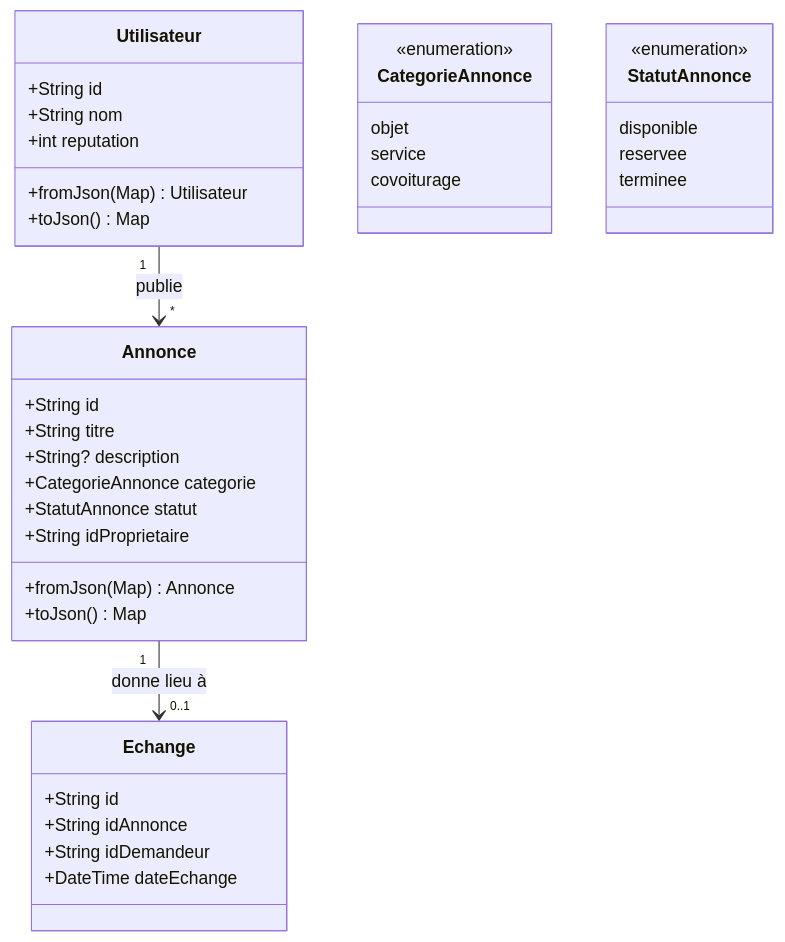
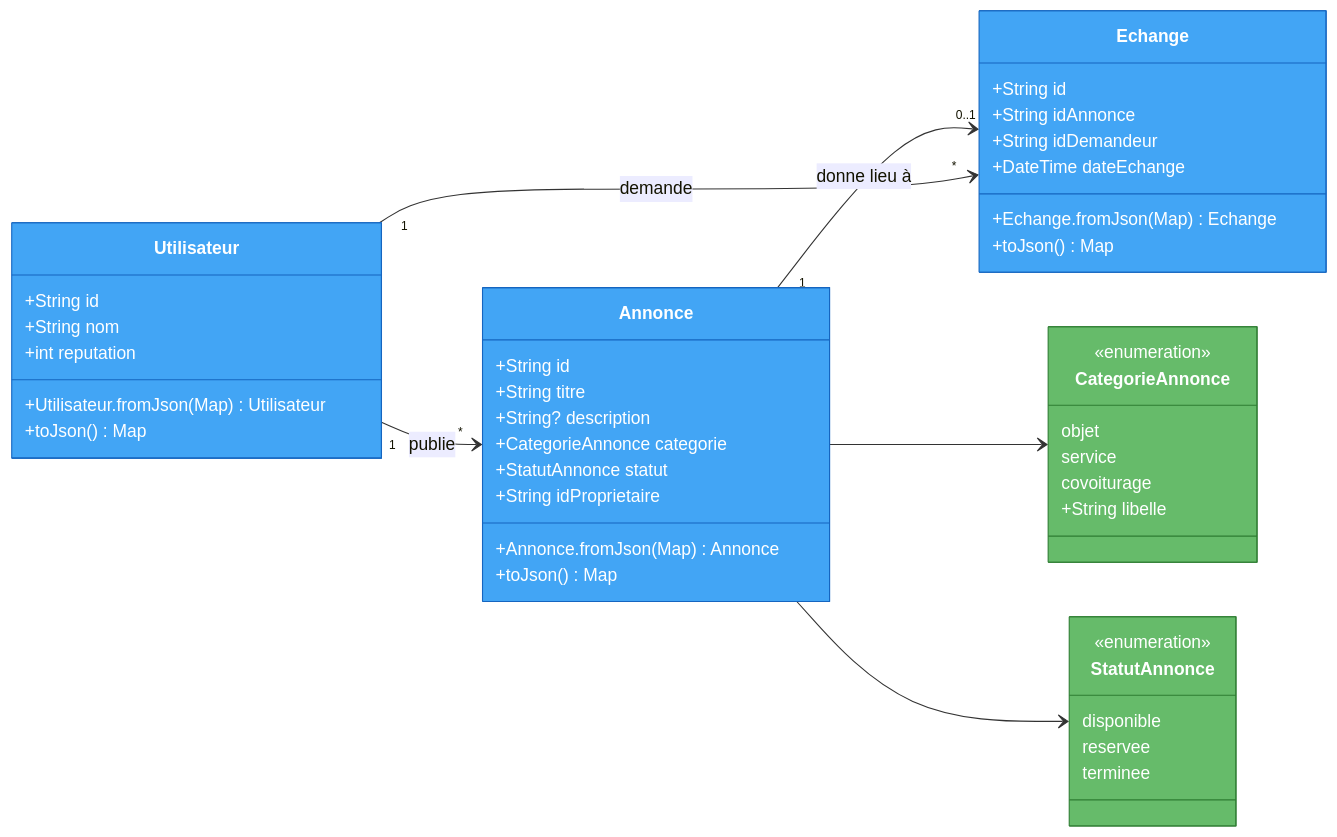
The diagram in TP2_Dart_Avance.md (hajjiBel/flutter_2026), drawn with Mermaid before and after one commit. The commit also changed other lines of this file, not shown here.

First line of the commit message:
TP2 : refonte de l'énoncé (Dart 3, modèles immuables, JSON validé, partie anti-IA)

````diff
--- a/TP2_Dart_Avance.md
+++ b/TP2_Dart_Avance.md
@@ -31,40 +84,53 @@
 ```mermaid
 classDiagram
+    direction LR
     class Utilisateur {
       +String id
       +String nom
       +int reputation
-      +fromJson(Map) Utilisateur
+      +Utilisateur.fromJson(Map) Utilisateur
       +toJson() Map
     }
     class Annonce {
       +String id
       +String titre
       +String? description
       +CategorieAnnonce categorie
       +StatutAnnonce statut
       +String idProprietaire
-      +fromJson(Map) Annonce
+      +Annonce.fromJson(Map) Annonce
       +toJson() Map
     }
     class Echange {
       +String id
       +String idAnnonce
       +String idDemandeur
       +DateTime dateEchange
+      +Echange.fromJson(Map) Echange
+      +toJson() Map
     }
     class CategorieAnnonce {
       <<enumeration>>
       objet
       service
       covoiturage
+      +String libelle
     }
     class StatutAnnonce {
       <<enumeration>>
       disponible
       reservee
       terminee
     }
     Utilisateur "1" --> "*" Annonce : publie
     Annonce "1" --> "0..1" Echange : donne lieu à
+    Utilisateur "1" --> "*" Echange : demande
+    Annonce --> CategorieAnnonce
+    Annonce --> StatutAnnonce
+
+    style Utilisateur fill:#42a5f5,stroke:#1565c0,color:#fff
+    style Annonce fill:#42a5f5,stroke:#1565c0,color:#fff
+    style Echange fill:#42a5f5,stroke:#1565c0,color:#fff
+    style CategorieAnnonce fill:#66bb6a,stroke:#2e7d32,color:#fff
+    style StatutAnnonce fill:#66bb6a,stroke:#2e7d32,color:#fff
 ```
````
